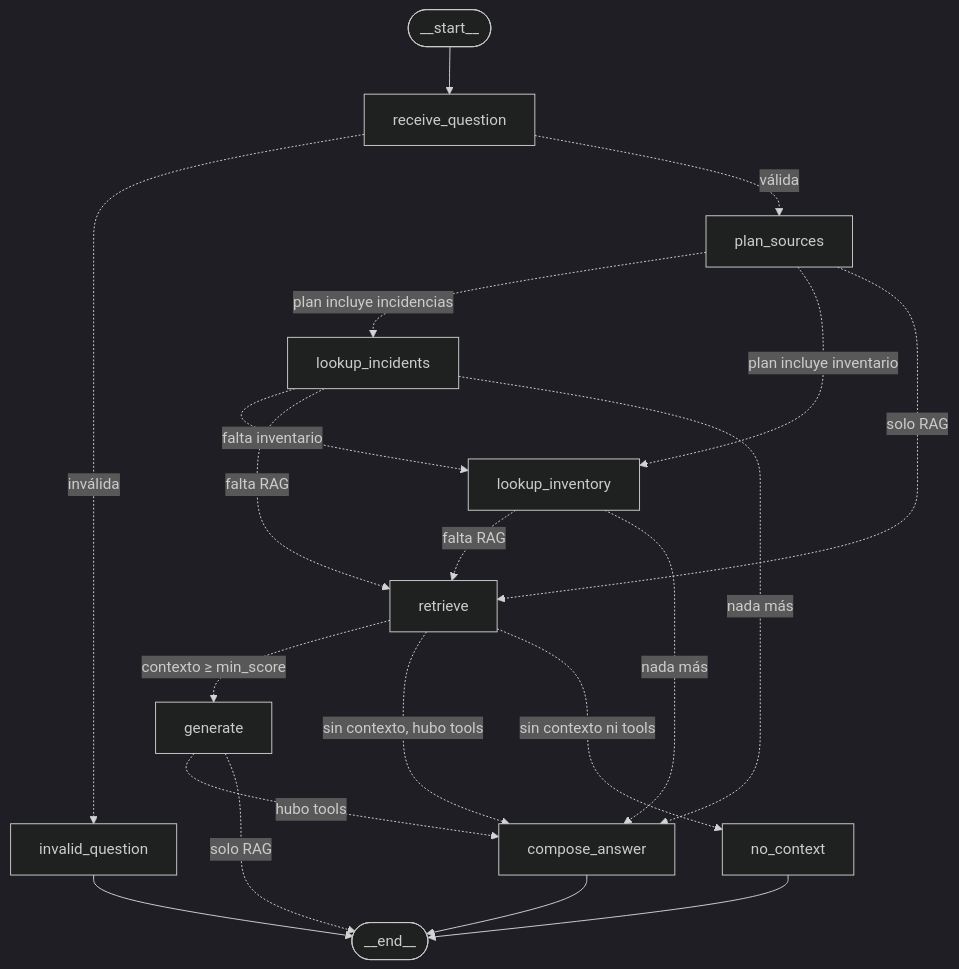
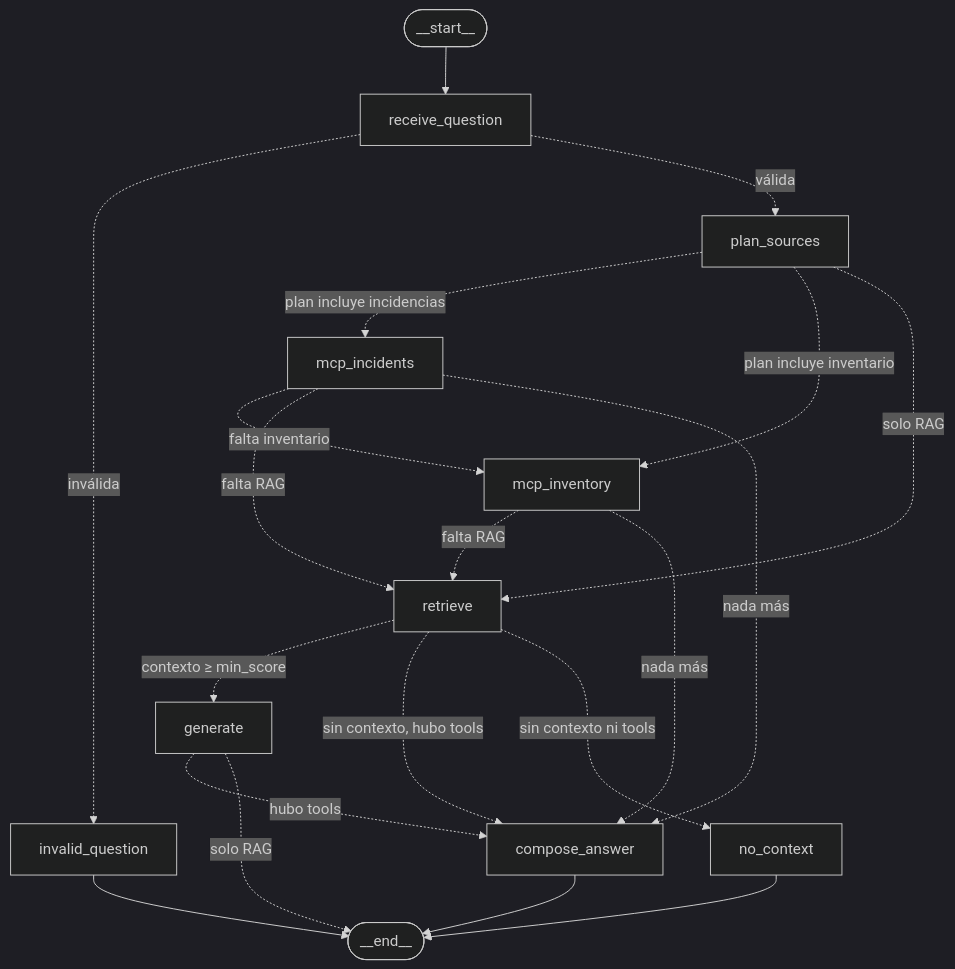
The diagram in docs/agent/agent-graph.md (4GeeksAcademy/ai-engineering-company-project-monorepo-miguelMillan), drawn with Mermaid (dark theme) before and after one commit. The commit also changed other lines of this file and 52 other files, not shown here.

````diff
--- a/docs/agent/agent-graph.md
+++ b/docs/agent/agent-graph.md
@@ -19,22 +19,22 @@
 ```mermaid
 graph TD;
 	__start__([__start__]) --> receive_question;
 	receive_question -.->|inválida| invalid_question;
 	receive_question -.->|válida| plan_sources;
-	plan_sources -.->|plan incluye incidencias| lookup_incidents;
-	plan_sources -.->|plan incluye inventario| lookup_inventory;
+	plan_sources -.->|plan incluye incidencias| mcp_incidents;
+	plan_sources -.->|plan incluye inventario| mcp_inventory;
 	plan_sources -.->|solo RAG| retrieve;
-	lookup_incidents -.->|falta inventario| lookup_inventory;
-	lookup_incidents -.->|falta RAG| retrieve;
-	lookup_incidents -.->|nada más| compose_answer;
-	lookup_inventory -.->|falta RAG| retrieve;
-	lookup_inventory -.->|nada más| compose_answer;
+	mcp_incidents -.->|falta inventario| mcp_inventory;
+	mcp_incidents -.->|falta RAG| retrieve;
+	mcp_incidents -.->|nada más| compose_answer;
+	mcp_inventory -.->|falta RAG| retrieve;
+	mcp_inventory -.->|nada más| compose_answer;
 	retrieve -.->|contexto ≥ min_score| generate;
 	retrieve -.->|sin contexto, hubo tools| compose_answer;
 	retrieve -.->|sin contexto ni tools| no_context;
 	generate -.->|hubo tools| compose_answer;
 	generate -.->|solo RAG| __end__([__end__]);
 	compose_answer --> __end__;
 	invalid_question --> __end__;
 	no_context --> __end__;
 ```
````
